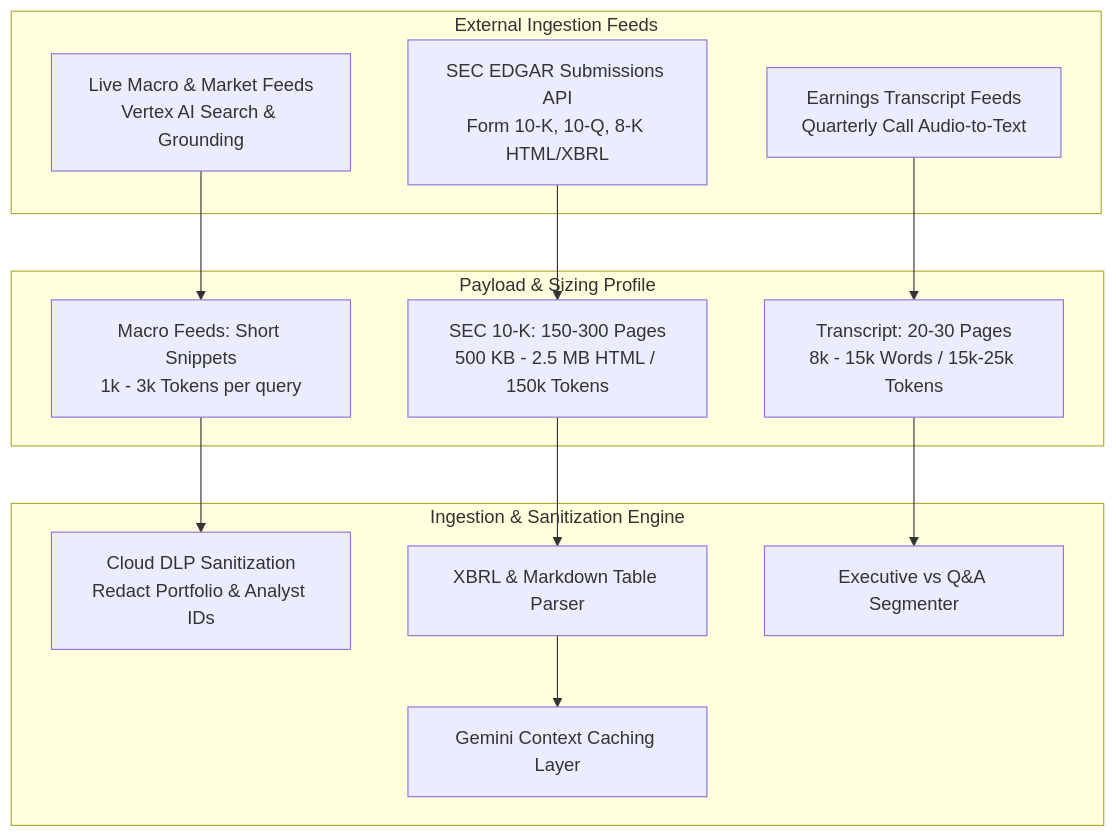
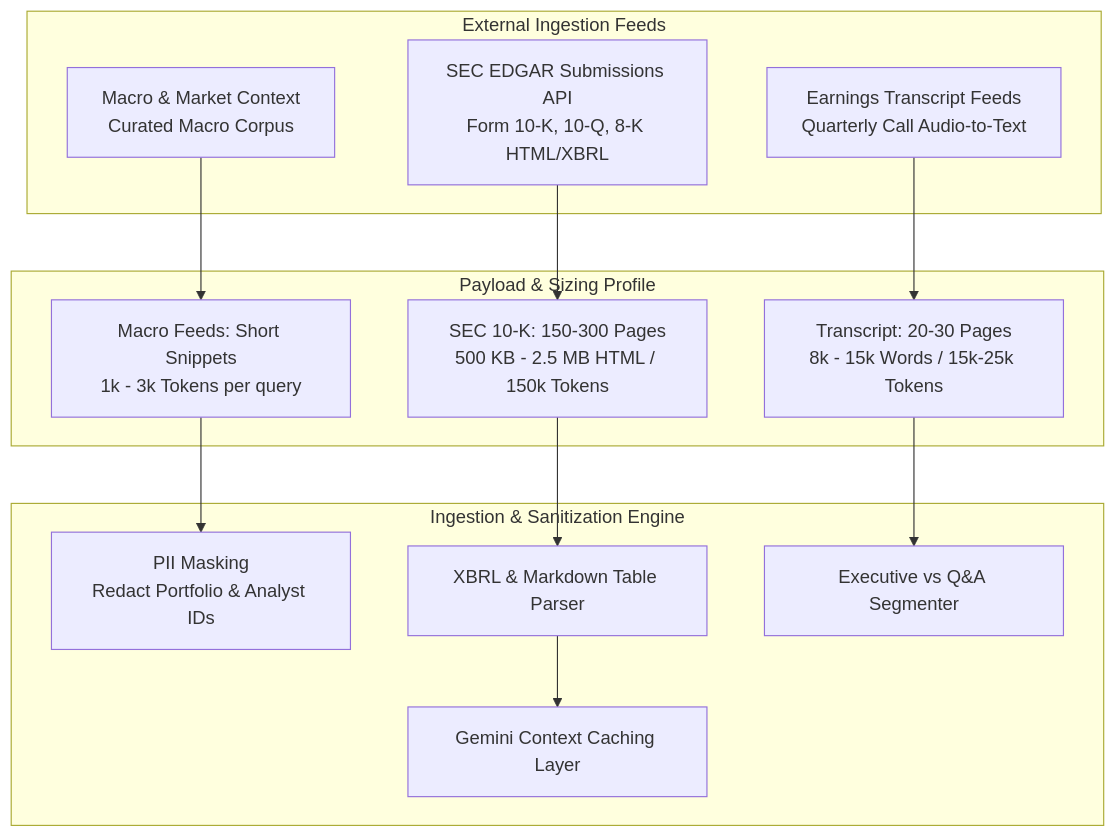
One commit to Ignotus-21/Finance-Agent---Investment-Research-Agent changed the first of 2 diagrams in docs/data_and_deployment_discovery.md. Above: the diagram before and after it, drawn with Mermaid. The commit also changed other lines of this file and 27 other files, not shown here.

````diff
--- a/docs/data_and_deployment_discovery.md
+++ b/docs/data_and_deployment_discovery.md
@@ -18,25 +18,25 @@
 ```mermaid
 graph TD
     subgraph DataSources [External Ingestion Feeds]
         SECFeed[SEC EDGAR Submissions API<br/>Form 10-K, 10-Q, 8-K HTML/XBRL]
         TranscriptFeed[Earnings Transcript Feeds<br/>Quarterly Call Audio-to-Text]
-        MacroFeed[Live Macro & Market Feeds<br/>Vertex AI Search & Grounding]
+        MacroFeed[Macro & Market Context<br/>Curated Macro Corpus]
     end
 
     subgraph DataProfiling [Payload & Sizing Profile]
         SECSize[SEC 10-K: 150-300 Pages<br/>500 KB - 2.5 MB HTML / 150k Tokens]
         TranscriptSize[Transcript: 20-30 Pages<br/>8k - 15k Words / 15k-25k Tokens]
         MacroSize[Macro Feeds: Short Snippets<br/>1k - 3k Tokens per query]
     end
 
     subgraph ProcessingPipeline [Ingestion & Sanitization Engine]
-        DLPFilter[Cloud DLP Sanitization<br/>Redact Portfolio & Analyst IDs]
+        DLPFilter[PII Masking<br/>Redact Portfolio & Analyst IDs]
         TableParser[XBRL & Markdown Table Parser]
         SpeakerSegmenter[Executive vs Q&A Segmenter]
         ContextCache[Gemini Context Caching Layer]
     end
 
     SECFeed --> SECSize --> TableParser --> ContextCache
     TranscriptFeed --> TranscriptSize --> SpeakerSegmenter
     MacroFeed --> MacroSize --> DLPFilter
 ```
````
